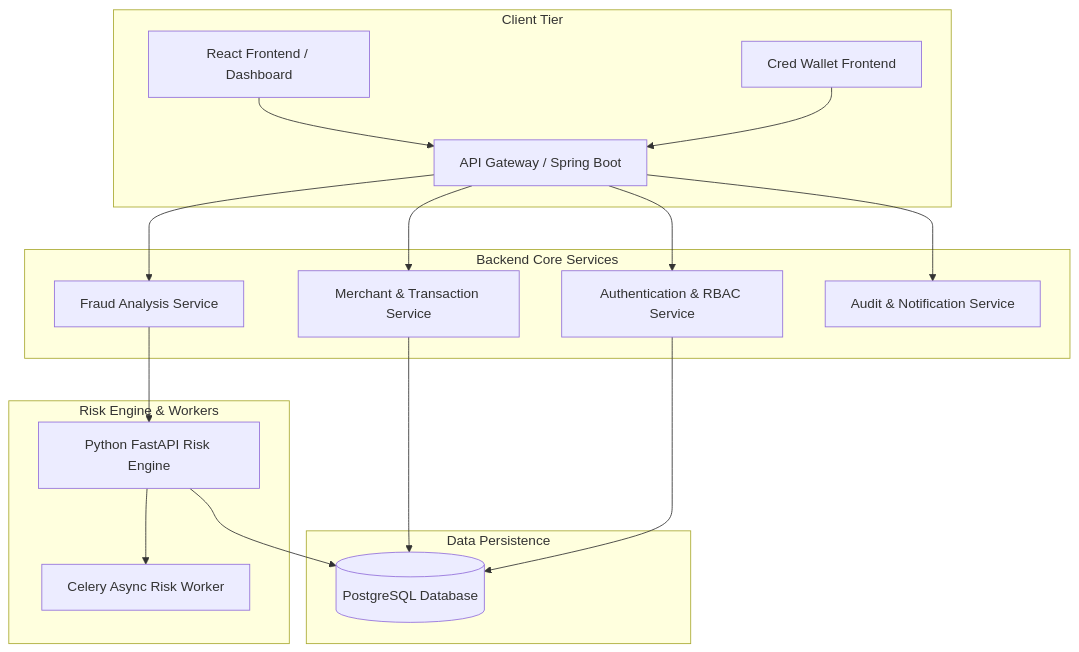
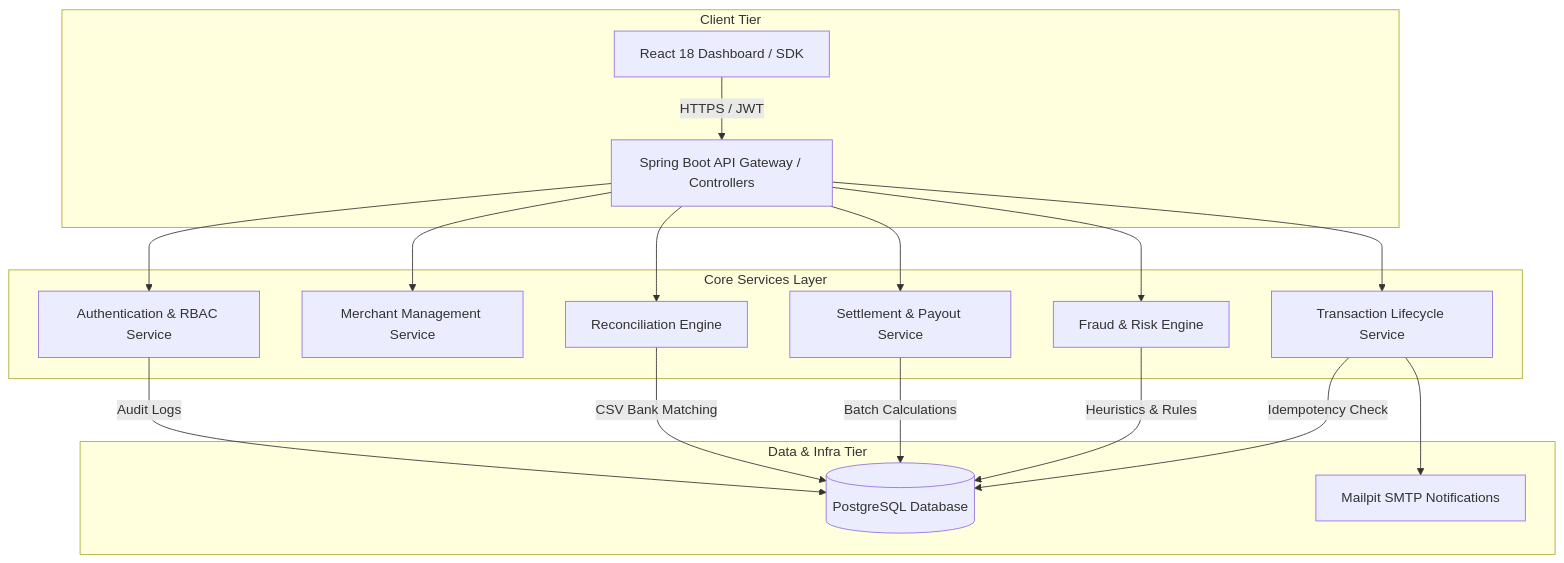
Before and after one commit to Mitali-05/Automated-Project-Knowledge-Management-System: the diagram in formatted_report.md, drawn with Mermaid. The commit also changed other lines of this file and 1 other file, not shown here.

````diff
--- a/formatted_report.md
+++ b/formatted_report.md
@@ -21,25 +21,22 @@
 ```mermaid
 graph TD
   subgraph Client Tier
-    FE[React Frontend / Dashboard] --> GW[API Gateway / Spring Boot]
-    CW[Cred Wallet Frontend] --> GW
+    FE[React 18 Dashboard / SDK] -->|HTTPS / JWT| APIGW[Spring Boot API Gateway / Controllers]
   end
-
-  subgraph Backend Core Services
-    GW --> Auth[Authentication & RBAC Service]
-    GW --> Merch[Merchant & Transaction Service]
-    GW --> FraudSvc[Fraud Analysis Service]
-    GW --> Audit[Audit & Notification Service]
+  subgraph Core Services Layer
+    APIGW --> Auth[Authentication & RBAC Service]
+    APIGW --> Merch[Merchant Management Service]
+    APIGW --> Tx[Transaction Lifecycle Service]
+    APIGW --> Fraud[Fraud & Risk Engine]
+    APIGW --> Settlement[Settlement & Payout Service]
+    APIGW --> Recon[Reconciliation Engine]
   end
-
-  subgraph Risk Engine & Workers
-    FraudSvc --> RiskAPI[Python FastAPI Risk Engine]
-    RiskAPI --> Celery[Celery Async Risk Worker]
-  end
-
-  subgraph Data Persistence
-    Merch --> DB[(PostgreSQL Database)]
-    Auth --> DB
-    RiskAPI --> DB
+  subgraph Data & Infra Tier
+    Tx -->|Idempotency Check| PG[(PostgreSQL Database)]
+    Fraud -->|Heuristics & Rules| PG
+    Settlement -->|Batch Calculations| PG
+    Recon -->|CSV Bank Matching| PG
+    Auth -->|Audit Logs| PG
+    Tx --> Mail[Mailpit SMTP Notifications]
   end
 ```
````
